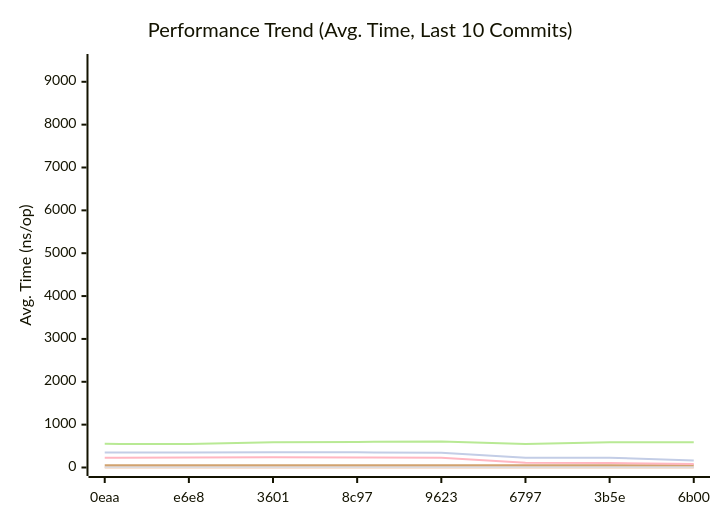
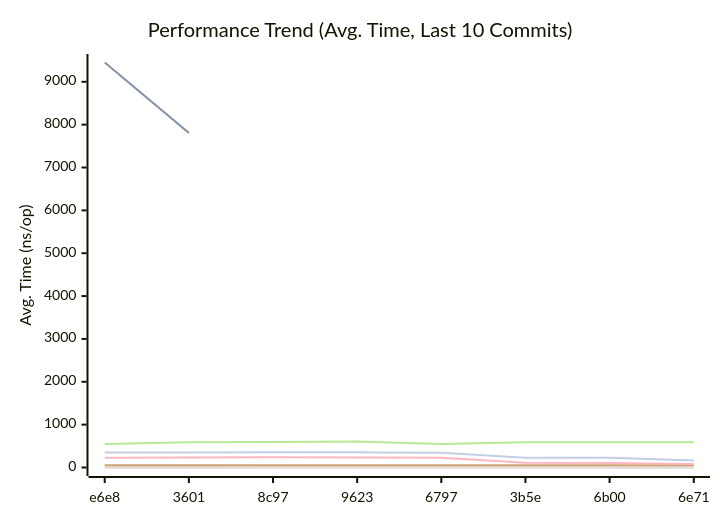
One commit to alsotoes/momo changed the first of 3 diagrams in docs/README.md. Above: the diagram before and after it, drawn with Mermaid. The commit also changed other lines of this file and 1 other file, not shown here.

````diff
--- a/docs/README.md
+++ b/docs/README.md
@@ -307,15 +307,15 @@
 ```mermaid
 xychart-beta
     title "Performance Trend (Avg. Time, Last 10 Commits)"
     x-axis "Commit"
     y-axis "Avg. Time (ns/op)"
-    x-axis [0eaa,e6e8,3601,8c97,9623,6797,3b5e,6b00]
-    line "CheckMetricsAndSwap" [9,9,7,9,9,9,9,9,9,7]
-    line "HashFile" [9450]
+    x-axis [e6e8,3601,8c97,9623,6797,3b5e,6b00,6e71]
+    line "CheckMetricsAndSwap" [9,7,9,9,9,9,9,9,7,7]
+    line "HashFile" [9450,7808]
     line "IndexDirectTracking" [0,0,0,0,0,0,0,0,0,0]
-    line "IndexSearch" [3,3,4,3,4,4,3,3,2,2]
-    line "LoadGlobalConfig" [552,546,588,596,608,550,592,587,587,425]
-    line "PadString" [50,50,50,53,53,50,53,53,53,41]
+    line "IndexSearch" [3,4,3,4,4,3,3,2,2,4]
+    line "LoadGlobalConfig" [546,588,596,608,550,592,587,587,425,587]
+    line "PadString" [50,50,53,53,50,53,53,53,41,50]
     line "ParseReplicationOrder_NoPrealloc" [350,349,357,354,345,225,229,165,232,234]
     line "ParseReplicationOrder_Prealloc" [229,231,237,234,229,108,107,80,110,109]
 ```
````
